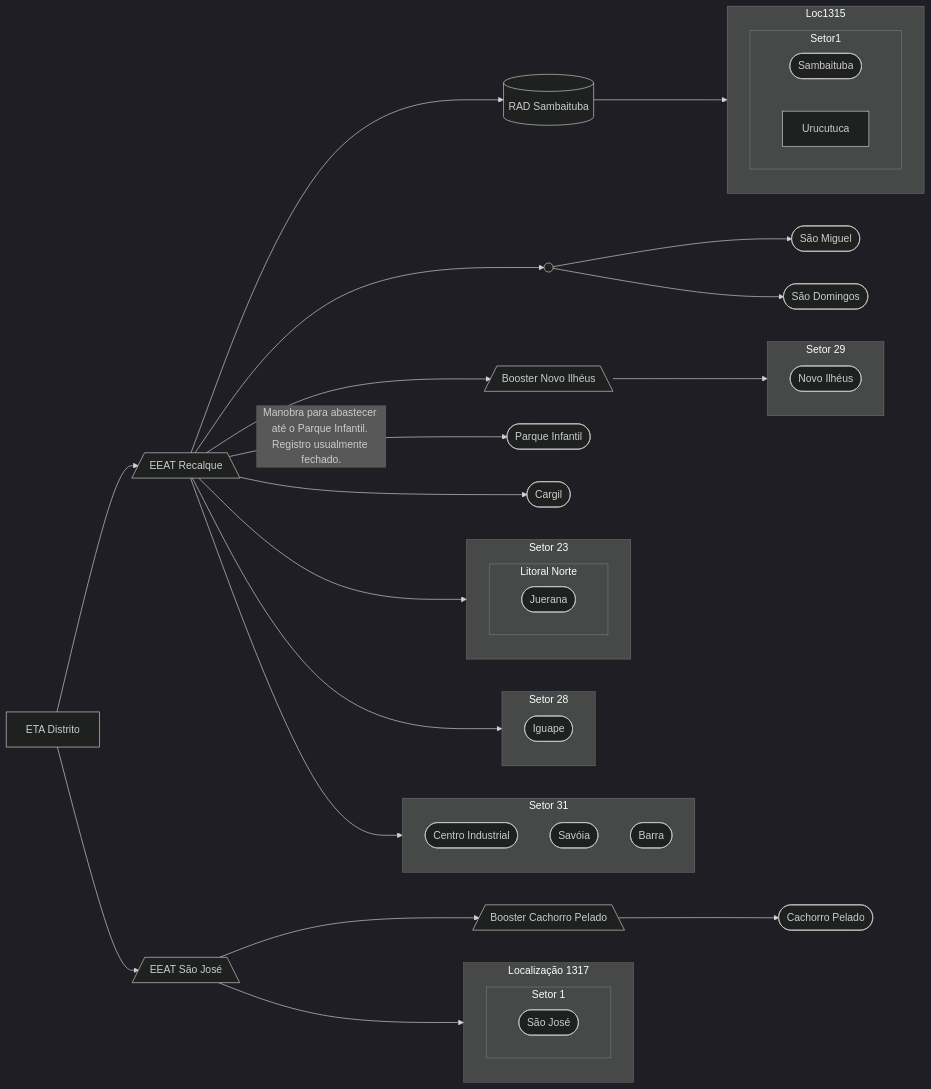
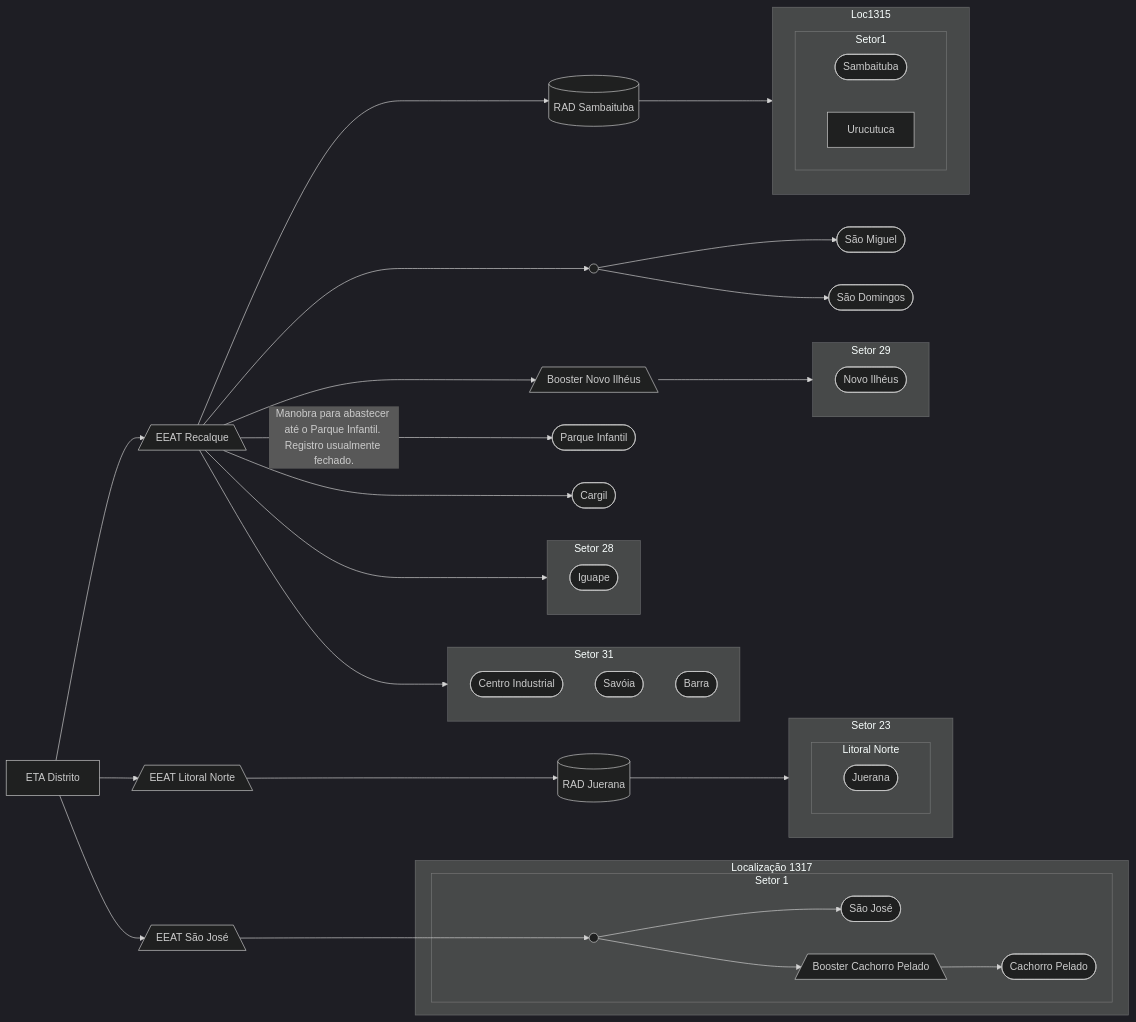
Before and after one commit to iagovls/CCO-Documentation: the diagram in ETA Distrito/ETA Distrito.md, drawn with Mermaid (dark theme). The commit also changed other lines of this file, not shown here.

Commit message:
Update ETA Distrito.md

```diff
--- a/ETA Distrito/ETA Distrito.md
+++ b/ETA Distrito/ETA Distrito.md
@@ -43,9 +43,11 @@
     ETA["ETA Distrito"] 
     EEATRecalque[/"EEAT Recalque"\]
     EEATSaoJose[/"EEAT São José"\] 
+    EEATLitoralNorte[/"EEAT Litoral Norte"\] 
     BoosterNovoIlheus[/"Booster Novo Ilhéus"\]
     Cargil(["Cargil"]) 
     RADSambaituba[(RAD Sambaituba)]
+    RADJuerana[(RAD Juerana)]
     Iguape(["Iguape"]) 
     CentroIndustrial(["Centro Industrial"]) 
     Savoia(["Savóia"]) 
@@ -61,12 +63,12 @@
     SaoJose(["São José"]) 
     CachorroPelado(["Cachorro Pelado"])
     A@{ shape: sm-circ, label: "Small start" }
+    B@{ shape: sm-circ, label: "Small start" }
 
     %% Ligações
     
     ETA --> EEATRecalque
 
-    EEATRecalque --> Setor23
     EEATRecalque --> Setor28
     EEATRecalque --> Setor31
 
@@ -84,6 +86,9 @@
 
 
     %% Litoral Norte
+    ETA --> EEATLitoralNorte
+    EEATLitoralNorte --> RADJuerana
+    RADJuerana --> Setor23
     subgraph Setor23 [Setor 23]
       subgraph LitoralNorte [Litoral Norte]
         Juerana
@@ -119,17 +124,17 @@
 
     %% São José
     ETA --> EEATSaoJose    
-    EEATSaoJose --> Loc1317
+    EEATSaoJose --> B
     subgraph Loc1317 [Localização 1317]
       subgraph Setor 1
-        SaoJose
+        B --> SaoJose
+        B --> BoosterCachorroPelado
+        BoosterCachorroPelado --> CachorroPelado
       end
     end
 
 
     %% Cachorro Pelado
-    EEATSaoJose --> BoosterCachorroPelado
-    BoosterCachorroPelado --> CachorroPelado
 
     %% Parque Infantil
     EEATRecalque --> |Manobra para abastecer até o Parque Infantil. Registro usualmente fechado.| ParqueInfantil
```
